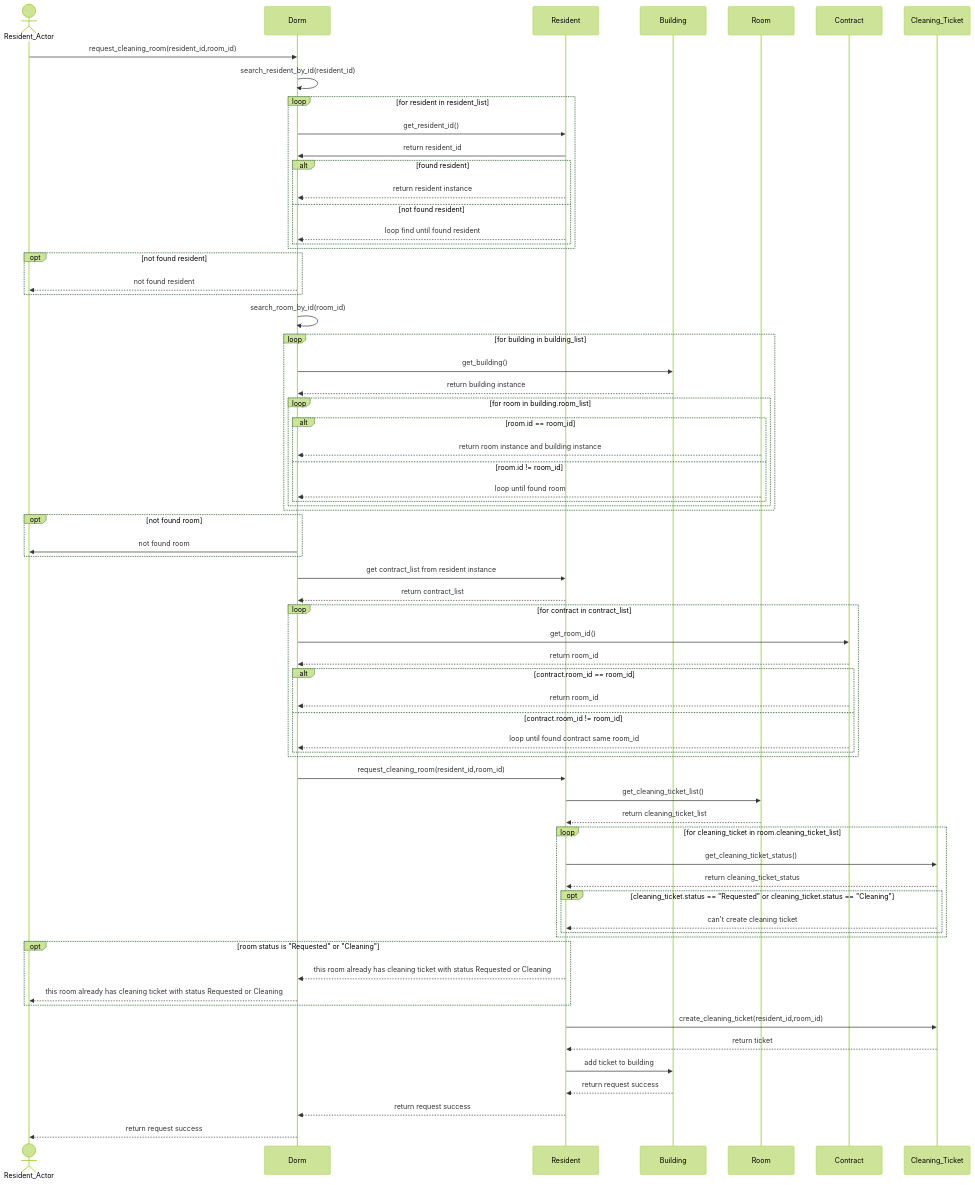
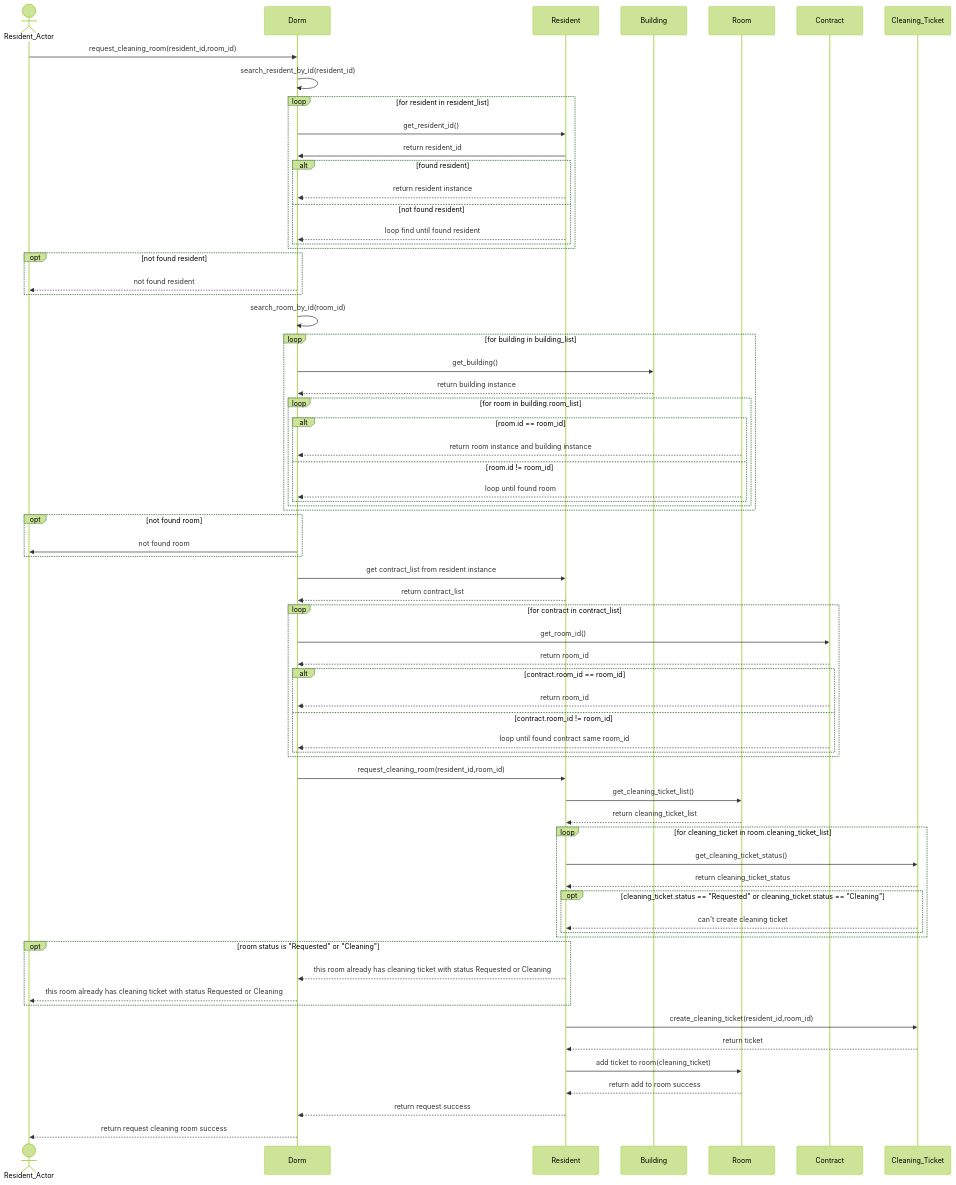
Before and after one commit to rnjjkk/Ducky-Dicka: the diagram in sequence/request_cleaning_room/request_cleaning_room.mmd, drawn with Mermaid.

Commit message:
finished request cleaning room

```diff
--- a/sequence/request_cleaning_room/request_cleaning_room.mmd
+++ b/sequence/request_cleaning_room/request_cleaning_room.mmd
@@ -1,97 +1,97 @@
 %%{init: {"theme": "forest"}}%%
 sequenceDiagram
     %% participant
     actor resAc as Resident_Actor
     participant d as Dorm
     participant res as Resident
     participant b as Building
     participant room as Room
     participant contract as Contract
     participant cleaning_ticket as Cleaning_Ticket
 
     resAc ->> d:request_cleaning_room(resident_id,room_id)
 
     d ->> d:search_resident_by_id(resident_id)
 
     loop for resident in resident_list
 
         d ->> res:get_resident_id()
         res ->> d:return resident_id
 
         alt found resident
             res -->> d:return resident instance
         else not found resident
             res -->> d:loop find until found resident
         end
 
     end
 
     opt not found resident
         d -->> resAc:not found resident
     end
 
     d ->> d:search_room_by_id(room_id)
 
     loop for building in building_list
     
         d ->> b:get_building()
         b -->> d:return building instance
 
         loop for room in building.room_list
         
             alt room.id == room_id
                 room -->> d:return room instance and building instance
             else room.id != room_id
                 room -->>d:loop until found room
 
             end
         end
     end
 
     opt not found room
         d ->> resAc:not found room
     end
 
     d ->> res:get contract_list from resident instance
     res -->> d:return contract_list
 
     loop for contract in contract_list
 
         d ->> contract:get_room_id()
         contract -->> d:return room_id
 
         alt contract.room_id == room_id
             contract -->> d:return room_id
         else contract.room_id != room_id
             contract -->> d:loop until found contract same room_id
         end
     
     end
     
     d ->> res:request_cleaning_room(resident_id,room_id)
     res ->> room:get_cleaning_ticket_list()
     room -->> res:return cleaning_ticket_list
     
     loop for cleaning_ticket in room.cleaning_ticket_list
 
         res ->> cleaning_ticket:get_cleaning_ticket_status()
         cleaning_ticket -->> res:return cleaning_ticket_status
 
         opt cleaning_ticket.status == "Requested" or cleaning_ticket.status == "Cleaning"
             cleaning_ticket -->> res:can't create cleaning ticket
         end
 
     end
     
     opt room status is "Requested" or "Cleaning"
         res -->> d:this room already has cleaning ticket with status Requested or Cleaning
         d -->> resAc:this room already has cleaning ticket with status Requested or Cleaning
     end
     
     
     res ->> cleaning_ticket:create_cleaning_ticket(resident_id,room_id)
     cleaning_ticket -->> res:return ticket 
-    res ->> b:add ticket to building
-    b -->> res:return request success
+    res ->> room:add ticket to room(cleaning_ticket)
+    room -->> res:return add to room success
     res -->> d:return request success
-    d -->> resAc:return request success
+    d -->> resAc:return request cleaning room success
```
